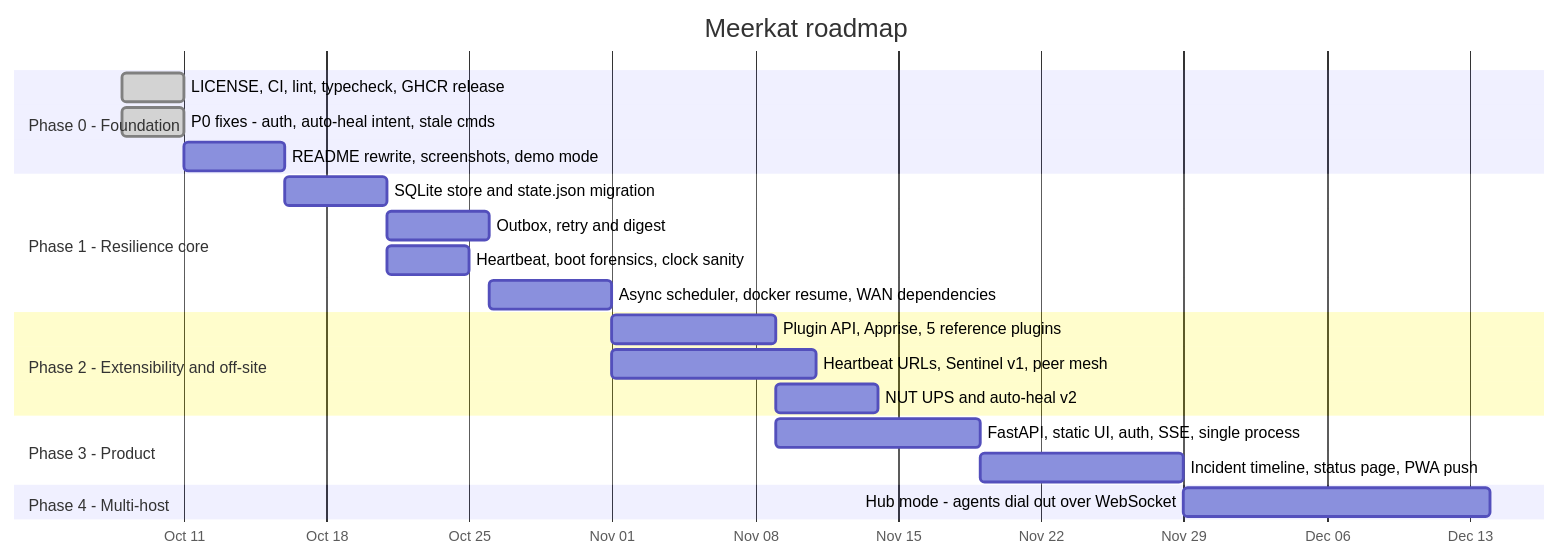
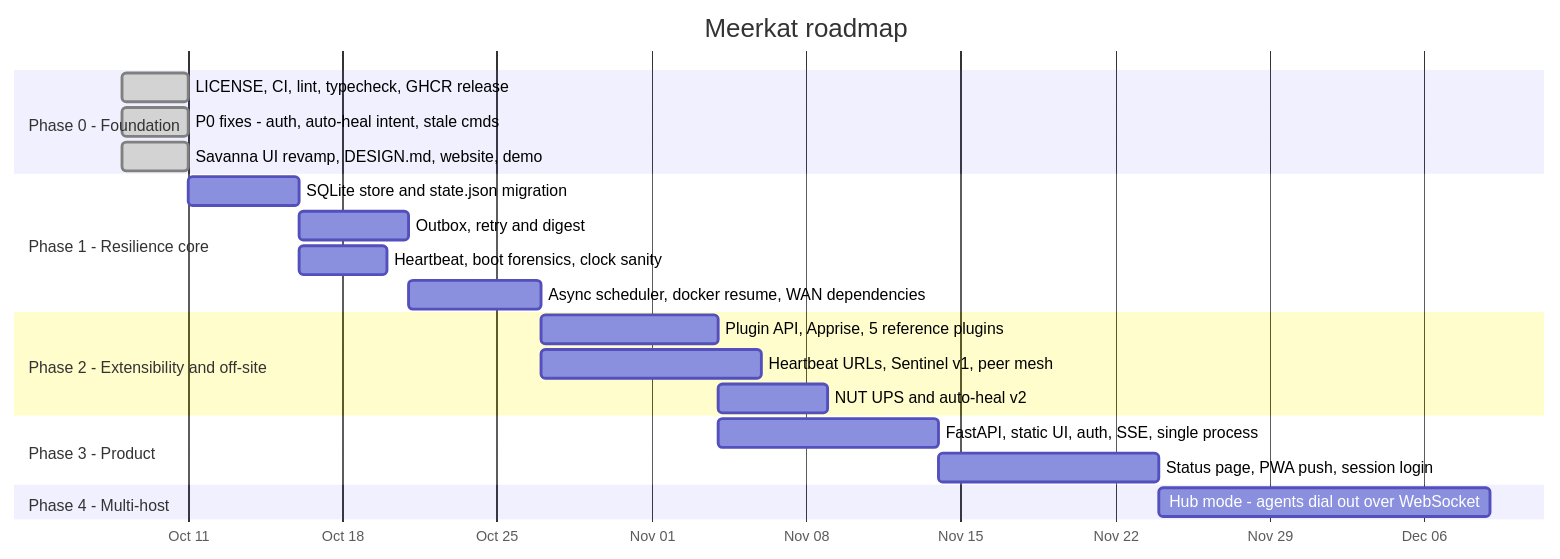
The first of 2 diagrams in docs/ROADMAP.md (Xrg360/Sheltie), drawn with Mermaid before and after one commit. The commit also changed other lines of this file and 8 other files, not shown here.

````diff
--- a/docs/ROADMAP.md
+++ b/docs/ROADMAP.md
@@ -225,24 +225,24 @@
 ```mermaid
 gantt
   title Meerkat roadmap
   dateFormat YYYY-MM-DD
   axisFormat %b %d
   section Phase 0 - Foundation
   LICENSE, CI, lint, typecheck, GHCR release      :done, p0a, 2026-10-08, 3d
   P0 fixes - auth, auto-heal intent, stale cmds    :done, p0b, 2026-10-08, 3d
-  README rewrite, screenshots, demo mode           :p0c, after p0b, 5d
+  Savanna UI revamp, DESIGN.md, website, demo      :done, p0c, 2026-10-08, 3d
   section Phase 1 - Resilience core
   SQLite store and state.json migration            :p1a, after p0c, 5d
   Outbox, retry and digest                         :p1b, after p1a, 5d
   Heartbeat, boot forensics, clock sanity          :p1c, after p1a, 4d
   Async scheduler, docker resume, WAN dependencies :p1d, after p1b, 6d
   section Phase 2 - Extensibility and off-site
   Plugin API, Apprise, 5 reference plugins         :p2a, after p1d, 8d
   Heartbeat URLs, Sentinel v1, peer mesh           :p2b, after p1d, 10d
   NUT UPS and auto-heal v2                         :p2c, after p2a, 5d
   section Phase 3 - Product
   FastAPI, static UI, auth, SSE, single process    :p3a, after p2a, 10d
-  Incident timeline, status page, PWA push         :p3b, after p3a, 10d
+  Status page, PWA push, session login             :p3b, after p3a, 10d
   section Phase 4 - Multi-host
   Hub mode - agents dial out over WebSocket        :p4a, after p3b, 15d
 ```
````
